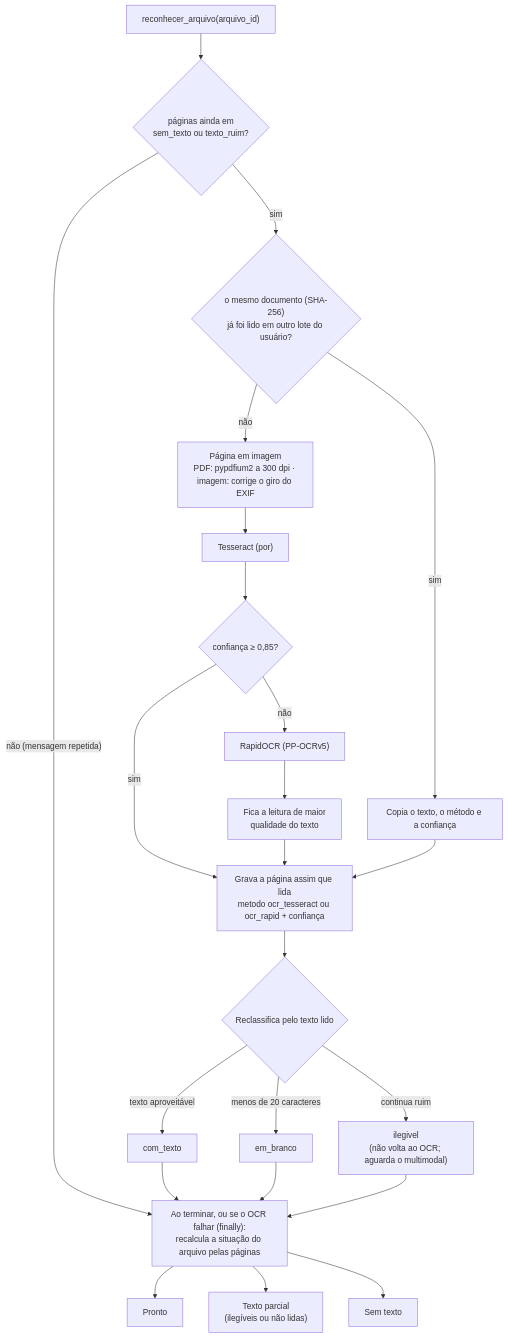
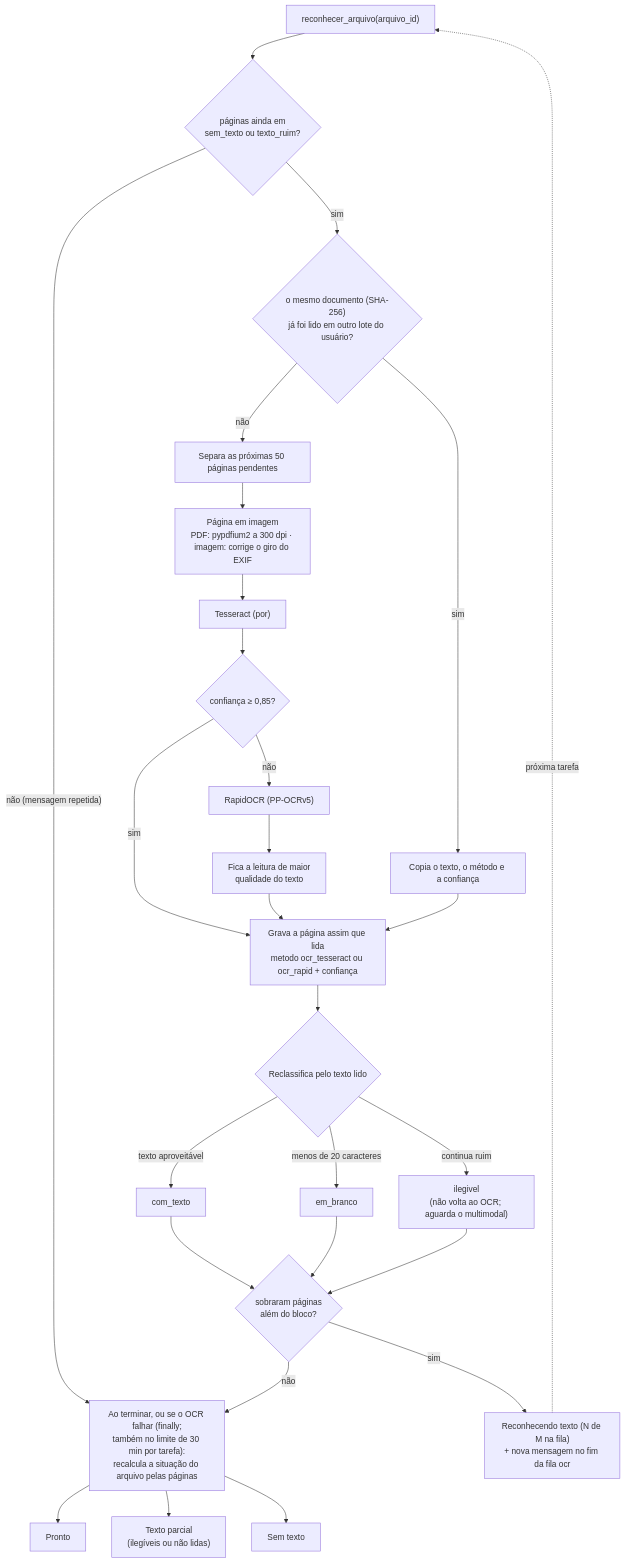
One commit to PauloTorresApps/EloJudicial changed the fourth of 6 diagrams in ingestao/docs/fluxo-da-ingestao.md. Above: the diagram before and after it, drawn with Mermaid. The commit also changed other lines of this file and 5 other files, not shown here.

First line of the commit message:
feat: OCR de arquivos grandes em blocos de 50 páginas

````diff
--- a/ingestao/docs/fluxo-da-ingestao.md
+++ b/ingestao/docs/fluxo-da-ingestao.md
@@ -178,26 +180,31 @@
 ```mermaid
 flowchart TD
     M["reconhecer_arquivo(arquivo_id)"] --> P{"páginas ainda em<br/>sem_texto ou texto_ruim?"}
     P -->|"não (mensagem repetida)"| FIM
     P -->|"sim"| SHA{"o mesmo documento (SHA-256)<br/>já foi lido em outro lote do usuário?"}
     SHA -->|"sim"| COPIA["Copia o texto, o método e a confiança"]
-    SHA -->|"não"| IMG["Página em imagem<br/>PDF: pypdfium2 a 300 dpi · imagem: corrige o giro do EXIF"]
+    SHA -->|"não"| BL["Separa as próximas 50 páginas pendentes"]
+    BL --> IMG["Página em imagem<br/>PDF: pypdfium2 a 300 dpi · imagem: corrige o giro do EXIF"]
     IMG --> TES["Tesseract (por)"]
     TES --> CF{"confiança ≥ 0,85?"}
     CF -->|"sim"| GRAVA
     CF -->|"não"| RAP["RapidOCR (PP-OCRv5)"]
     RAP --> MELHOR["Fica a leitura de maior<br/>qualidade do texto"]
     MELHOR --> GRAVA
     COPIA --> GRAVA
     GRAVA["Grava a página assim que lida<br/>metodo ocr_tesseract ou ocr_rapid + confiança"] --> CL{"Reclassifica pelo texto lido"}
     CL -->|"texto aproveitável"| CT["com_texto"]
     CL -->|"menos de 20 caracteres"| EB["em_branco"]
     CL -->|"continua ruim"| IL["ilegivel<br/>(não volta ao OCR; aguarda o multimodal)"]
-    CT --> FIM
-    EB --> FIM
-    IL --> FIM
-    FIM["Ao terminar, ou se o OCR falhar (finally):<br/>recalcula a situação do arquivo pelas páginas"]
+    CT --> MAIS
+    EB --> MAIS
+    IL --> MAIS
+    MAIS{"sobraram páginas<br/>além do bloco?"}
+    MAIS -->|"sim"| CONT["Reconhecendo texto (N de M na fila)<br/>+ nova mensagem no fim da fila ocr"]
+    CONT -.->|"próxima tarefa"| M
+    MAIS -->|"não"| FIM
+    FIM["Ao terminar, ou se o OCR falhar (finally;<br/>também no limite de 30 min por tarefa):<br/>recalcula a situação do arquivo pelas páginas"]
     FIM --> AP["Pronto"]
     FIM --> APC["Texto parcial<br/>(ilegíveis ou não lidas)"]
     FIM --> AS["Sem texto"]
 ```
````
